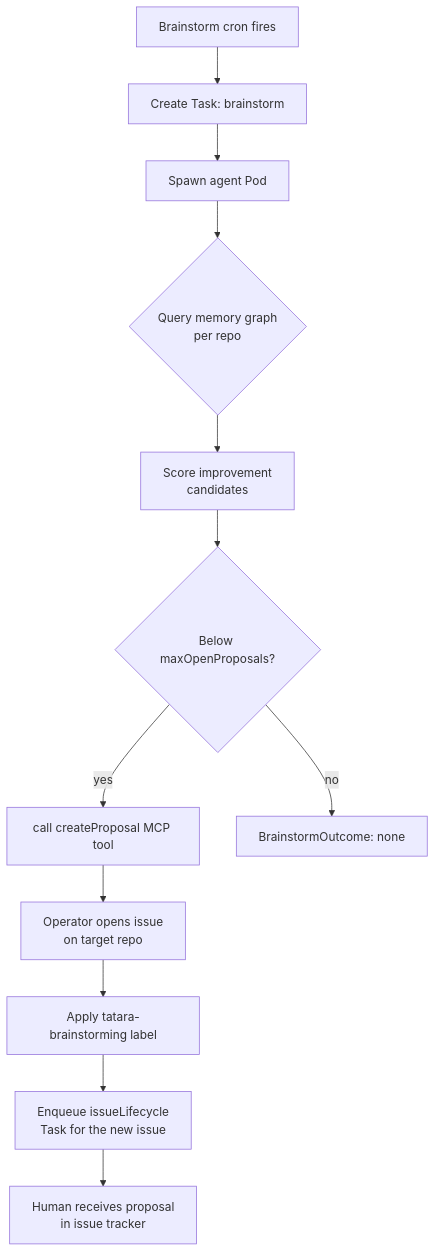
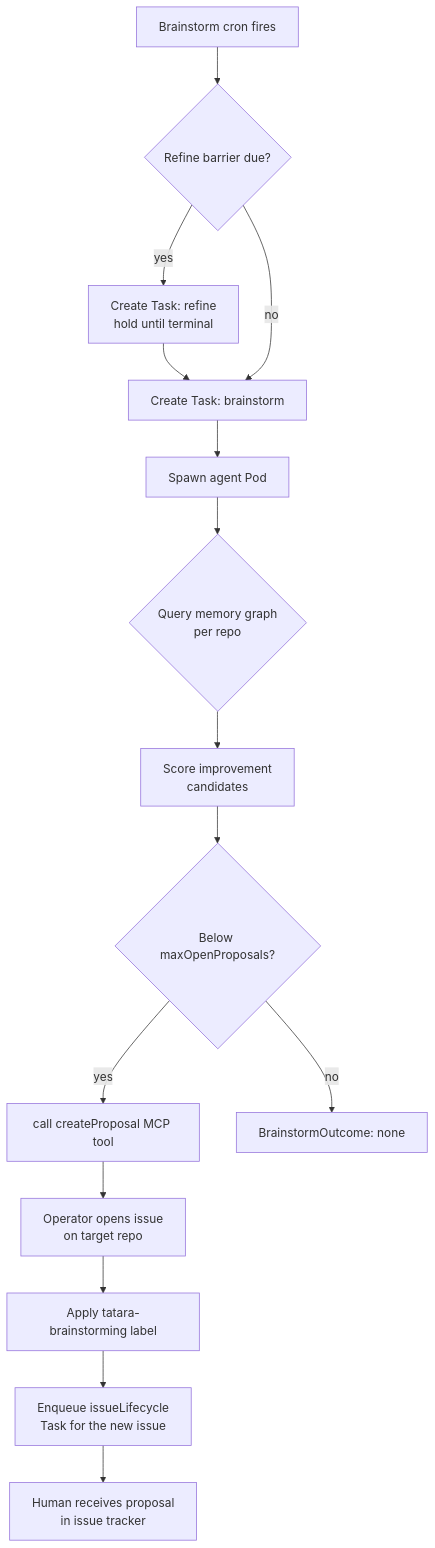
Before and after one commit to szymonrychu/tatara-documentation: the first of 2 diagrams in docs/workflows/brainstorm.md, drawn with Mermaid. The commit also changed other lines of this file and 170 other files, not shown here.

First line of the commit message:
docs: flows + MCP tool reference + tuning guide + design-doc appendix; push-CD live

````diff
--- a/docs/workflows/brainstorm.md
+++ b/docs/workflows/brainstorm.md
@@ -16,14 +16,17 @@
 ```mermaid
 flowchart TD
-    A[Brainstorm cron fires] --> B[Create Task: brainstorm]
-    B --> C[Spawn agent Pod]
-    C --> D{Query memory graph\nper repo}
-    D --> E[Score improvement\ncandidates]
-    E --> F{Below maxOpenProposals?}
-    F -->|yes| G[call createProposal MCP tool]
-    F -->|no| H[BrainstormOutcome: none]
-    G --> I[Operator opens issue\non target repo]
-    I --> J[Apply tatara-brainstorming label]
-    J --> K[Enqueue issueLifecycle\nTask for the new issue]
-    K --> L[Human receives proposal\nin issue tracker]
+    A[Brainstorm cron fires] --> B{Refine barrier due?}
+    B -->|yes| RB[Create Task: refine\nhold until terminal]
+    RB --> C[Create Task: brainstorm]
+    B -->|no| C
+    C --> D[Spawn agent Pod]
+    D --> E{Query memory graph\nper repo}
+    E --> F[Score improvement\ncandidates]
+    F --> G{Below maxOpenProposals?}
+    G -->|yes| H[call createProposal MCP tool]
+    G -->|no| I[BrainstormOutcome: none]
+    H --> J[Operator opens issue\non target repo]
+    J --> K[Apply tatara-brainstorming label]
+    K --> L[Enqueue issueLifecycle\nTask for the new issue]
+    L --> M[Human receives proposal\nin issue tracker]
 ```
````
